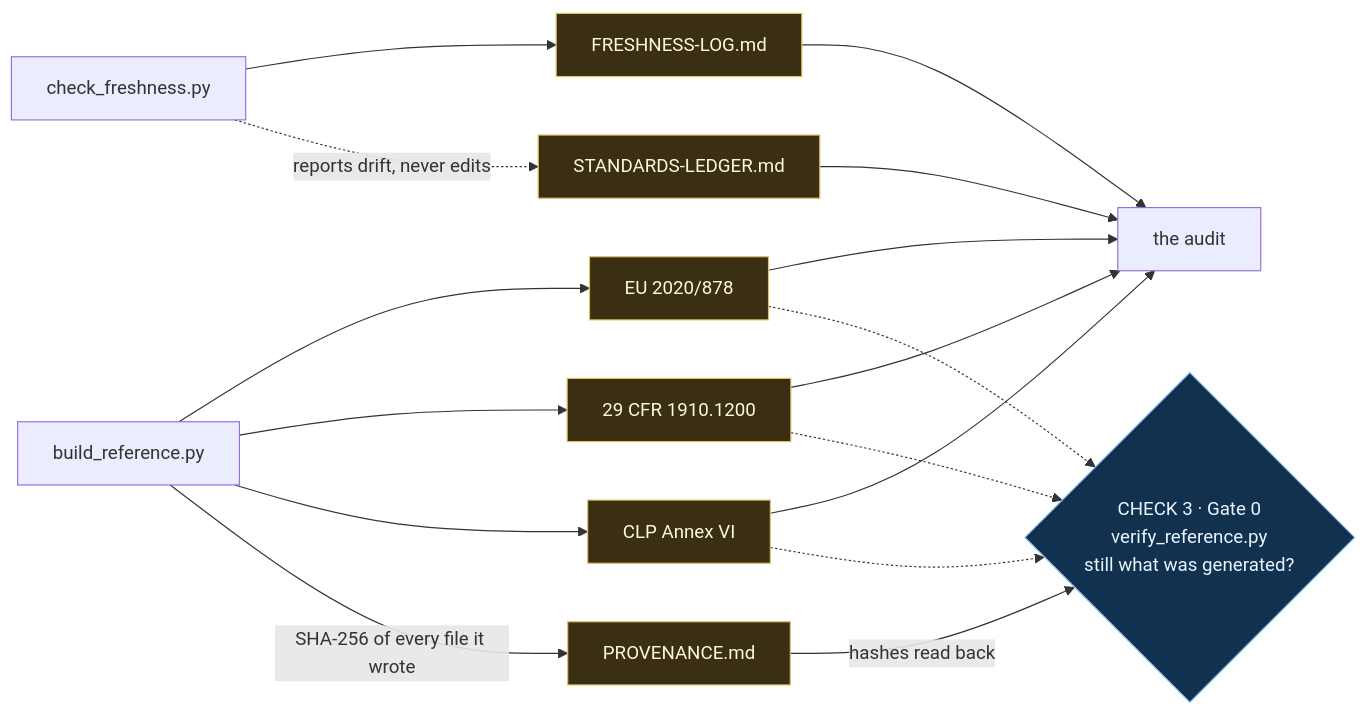
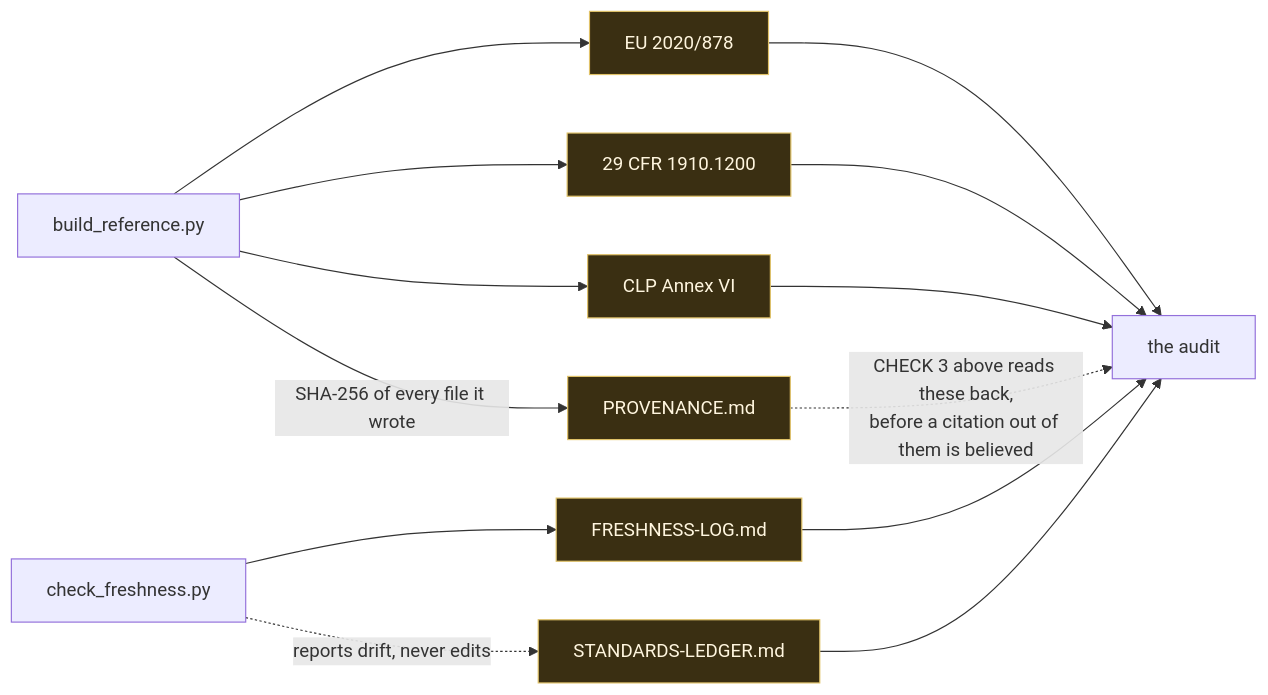
The second of 2 diagrams in README.md (sergeymanevitch/Salus), drawn with Mermaid before and after one commit.

Commit message:
README: the provenance record is an edge in the artifact map, not a gate with no exit
The second diagram is a map of what writes what and what the audit reads, not a
flow of control. Putting Gate 0 in it as a decision node gave it four arrows in
and none out, because its two outcomes — VOID, or the citations may be checked —
are events in the run, and the run is the first diagram, where both are drawn.
So the hash contract is an edge now: PROVENANCE.md reaches the audit dotted, and
the label names CHECK 3 and points back up to it. Nothing dead-ends, and the
gate keeps one home rather than two that can drift apart.

Renders: mermaid CLI.

````diff
--- a/README.md
+++ b/README.md
@@ -240,24 +240,18 @@
 ```mermaid
 flowchart LR
     B["build_reference.py"] --> EU["EU 2020/878"]
     B --> US["29 CFR 1910.1200"]
     B --> CLP["CLP Annex VI"]
     B -->|SHA-256 of every file it wrote| PROV["PROVENANCE.md"]
     F["check_freshness.py"] --> LOG["FRESHNESS-LOG.md"]
     F -.->|reports drift, never edits| LED["STANDARDS-LEDGER.md"]
     EU --> A["the audit"]
     US --> A
     CLP --> A
     LED --> A
     LOG --> A
-
-    EU -.-> G0
-    US -.-> G0
-    CLP -.-> G0
-    PROV -->|hashes read back| G0{"CHECK 3 · Gate 0<br/>verify_reference.py<br/>still what was generated?"}
+    PROV -.->|"CHECK 3 above reads these back,<br/>before a citation out of them is believed"| A
 
     classDef s fill:#3a2f12,stroke:#e0c268,color:#fff6df
-    classDef g fill:#12314f,stroke:#7fb6f0,color:#eaf4ff
     class EU,US,CLP,LED,LOG,PROV s
-    class G0 g
 ```
````
